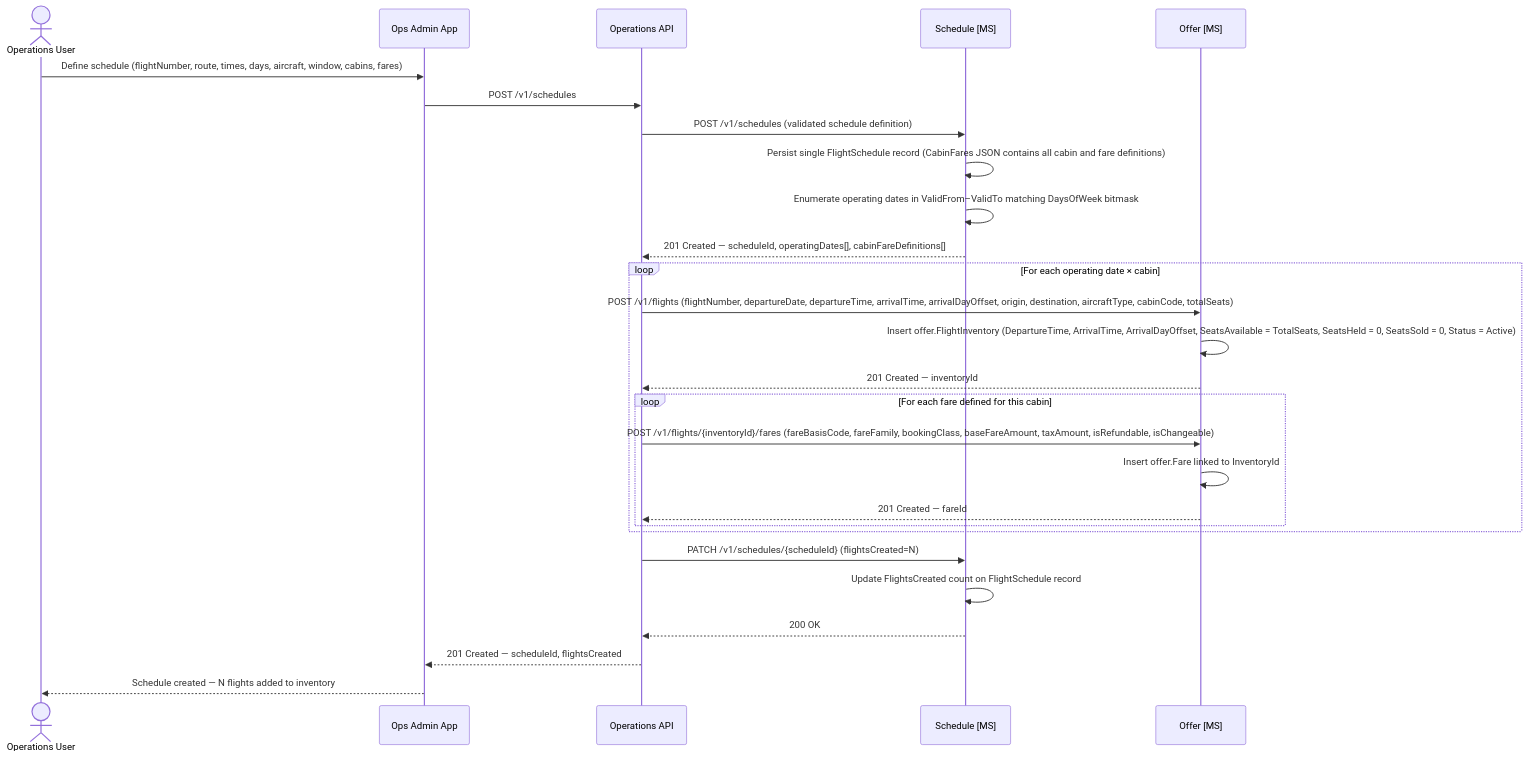
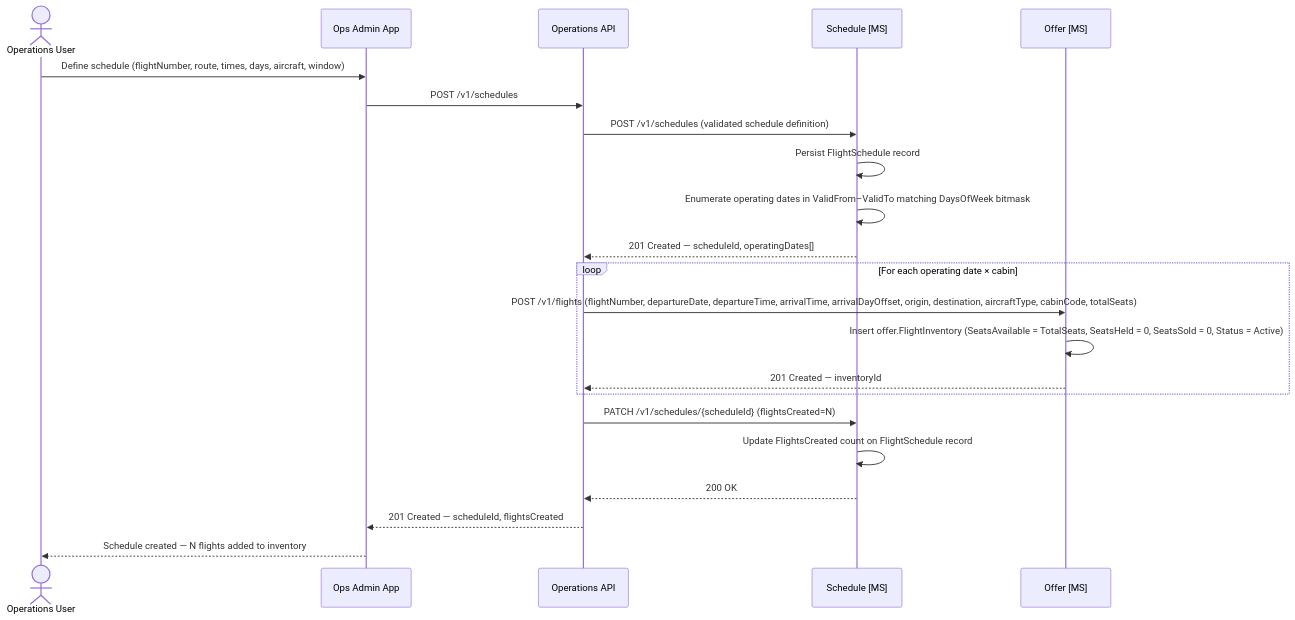
Before and after one commit to sebharvey/airline-reservation-system: the first of 2 diagrams in documentation/design/schedule.md, drawn with Mermaid. The commit also changed other lines of this file and 11 other files, not shown here.

````diff
--- a/documentation/design/schedule.md
+++ b/documentation/design/schedule.md
@@ -111,34 +34,28 @@
 ```mermaid
 sequenceDiagram
     actor OpsUser as Operations User
     participant OpsApp as Ops Admin App
     participant ScheduleAPI as Operations API
     participant ScheduleMS as Schedule [MS]
     participant OfferMS as Offer [MS]
 
-    OpsUser->>OpsApp: Define schedule (flightNumber, route, times, days, aircraft, window, cabins, fares)
+    OpsUser->>OpsApp: Define schedule (flightNumber, route, times, days, aircraft, window)
     OpsApp->>ScheduleAPI: POST /v1/schedules
 
     ScheduleAPI->>ScheduleMS: POST /v1/schedules (validated schedule definition)
-    ScheduleMS->>ScheduleMS: Persist single FlightSchedule record (CabinFares JSON contains all cabin and fare definitions)
+    ScheduleMS->>ScheduleMS: Persist FlightSchedule record
     ScheduleMS->>ScheduleMS: Enumerate operating dates in ValidFrom–ValidTo matching DaysOfWeek bitmask
-    ScheduleMS-->>ScheduleAPI: 201 Created — scheduleId, operatingDates[], cabinFareDefinitions[]
+    ScheduleMS-->>ScheduleAPI: 201 Created — scheduleId, operatingDates[]
 
     loop For each operating date × cabin
         ScheduleAPI->>OfferMS: POST /v1/flights (flightNumber, departureDate, departureTime, arrivalTime, arrivalDayOffset, origin, destination, aircraftType, cabinCode, totalSeats)
-        OfferMS->>OfferMS: Insert offer.FlightInventory (DepartureTime, ArrivalTime, ArrivalDayOffset, SeatsAvailable = TotalSeats, SeatsHeld = 0, SeatsSold = 0, Status = Active)
+        OfferMS->>OfferMS: Insert offer.FlightInventory (SeatsAvailable = TotalSeats, SeatsHeld = 0, SeatsSold = 0, Status = Active)
         OfferMS-->>ScheduleAPI: 201 Created — inventoryId
-
-        loop For each fare defined for this cabin
-            ScheduleAPI->>OfferMS: POST /v1/flights/{inventoryId}/fares (fareBasisCode, fareFamily, bookingClass, baseFareAmount, taxAmount, isRefundable, isChangeable)
-            OfferMS->>OfferMS: Insert offer.Fare linked to InventoryId
-            OfferMS-->>ScheduleAPI: 201 Created — fareId
-        end
     end
 
     ScheduleAPI->>ScheduleMS: PATCH /v1/schedules/{scheduleId} (flightsCreated=N)
     ScheduleMS->>ScheduleMS: Update FlightsCreated count on FlightSchedule record
     ScheduleMS-->>ScheduleAPI: 200 OK
     ScheduleAPI-->>OpsApp: 201 Created — scheduleId, flightsCreated
     OpsApp-->>OpsUser: Schedule created — N flights added to inventory
 ```
````
